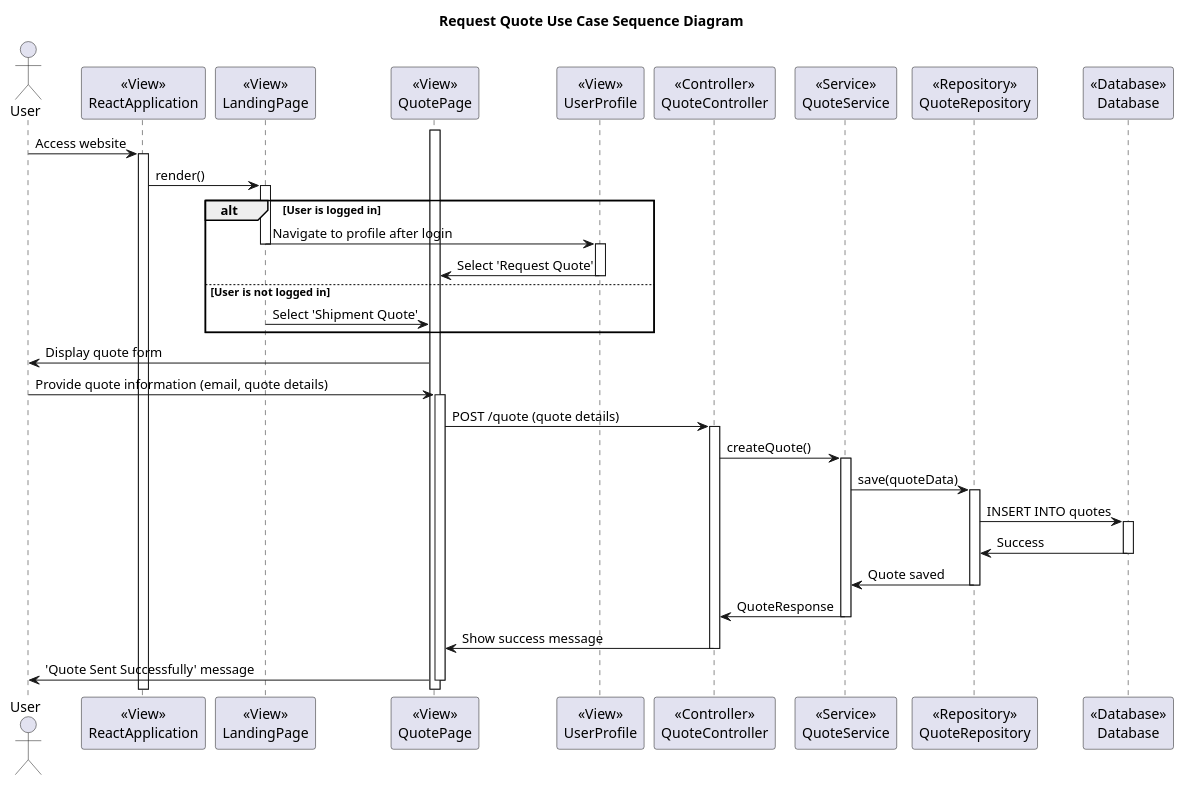
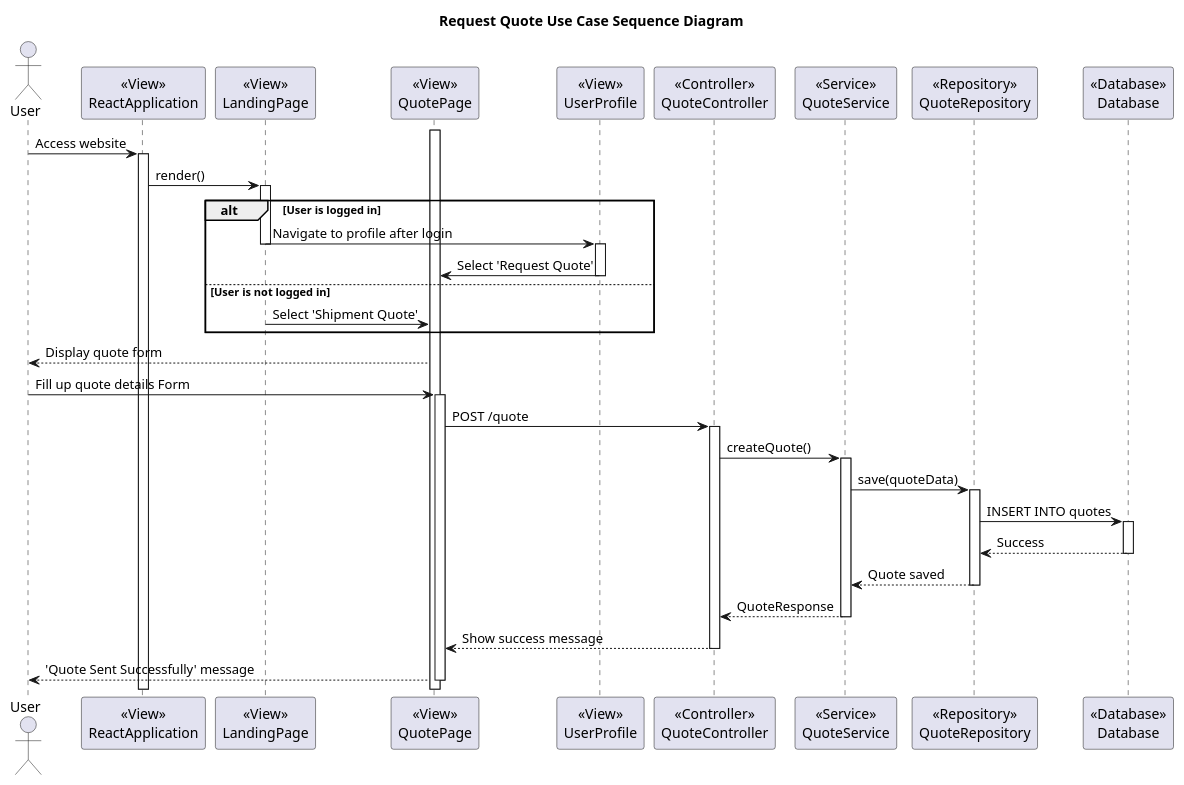
Before and after one commit to nic5694/MovingExpress: the diagram in Diagrams/Sprints/Sprint_1-Request_Quote/Design-lvl-SSD.puml, drawn with PlantUML.

Commit message:
SSD diagram complete for sprint 1

```diff
--- a/Diagrams/Sprints/Sprint_1-Request_Quote/Design-lvl-SSD.puml
+++ b/Diagrams/Sprints/Sprint_1-Request_Quote/Design-lvl-SSD.puml
@@ -1,63 +1,63 @@
 @startuml
 title Request Quote Use Case Sequence Diagram
 
 actor User
 
 participant ReactApplication as "<<View>>\nReactApplication"
 participant LandingPage as "<<View>>\nLandingPage"
 participant QuotePage as "<<View>>\nQuotePage"
 participant UserProfile as "<<View>>\nUserProfile"
 participant QuoteController as "<<Controller>>\nQuoteController"
 participant QuoteService as "<<Service>>\nQuoteService"
 participant QuoteRepository as "<<Repository>>\nQuoteRepository"
 participant Database as "<<Database>>\nDatabase"
 
 User -> ReactApplication : Access website
 activate ReactApplication
 
 ReactApplication -> LandingPage : render()
 activate LandingPage
 
 alt User is logged in
     LandingPage -> UserProfile : Navigate to profile after login
     deactivate LandingPage
     activate UserProfile
     UserProfile -> QuotePage : Select 'Request Quote'
     deactivate UserProfile
 else User is not logged in
     LandingPage -> QuotePage : Select 'Shipment Quote'
     deactivate LandingPage
 end
 activate QuotePage
 
-QuotePage -> User : Display quote form
-User -> QuotePage : Provide quote information (email, quote details)
+QuotePage --> User : Display quote form
+User -> QuotePage : Fill up quote details Form
 activate QuotePage
 
-QuotePage -> QuoteController : POST /quote (quote details)
+QuotePage -> QuoteController : POST /quote
 activate QuoteController
 
 QuoteController -> QuoteService : createQuote()
 activate QuoteService
 
 QuoteService -> QuoteRepository : save(quoteData)
 activate QuoteRepository
 
 QuoteRepository -> Database : INSERT INTO quotes
 activate Database
-Database -> QuoteRepository : Success
+Database --> QuoteRepository : Success
 deactivate Database
 
-QuoteRepository -> QuoteService : Quote saved
+QuoteRepository --> QuoteService : Quote saved
 deactivate QuoteRepository
 
-QuoteService -> QuoteController : QuoteResponse
+QuoteService --> QuoteController : QuoteResponse
 deactivate QuoteService
 
-QuoteController -> QuotePage : Show success message
+QuoteController --> QuotePage : Show success message
 deactivate QuoteController
 
-QuotePage -> User : 'Quote Sent Successfully' message
+QuotePage --> User : 'Quote Sent Successfully' message
 deactivate QuotePage
 
 @enduml
```
